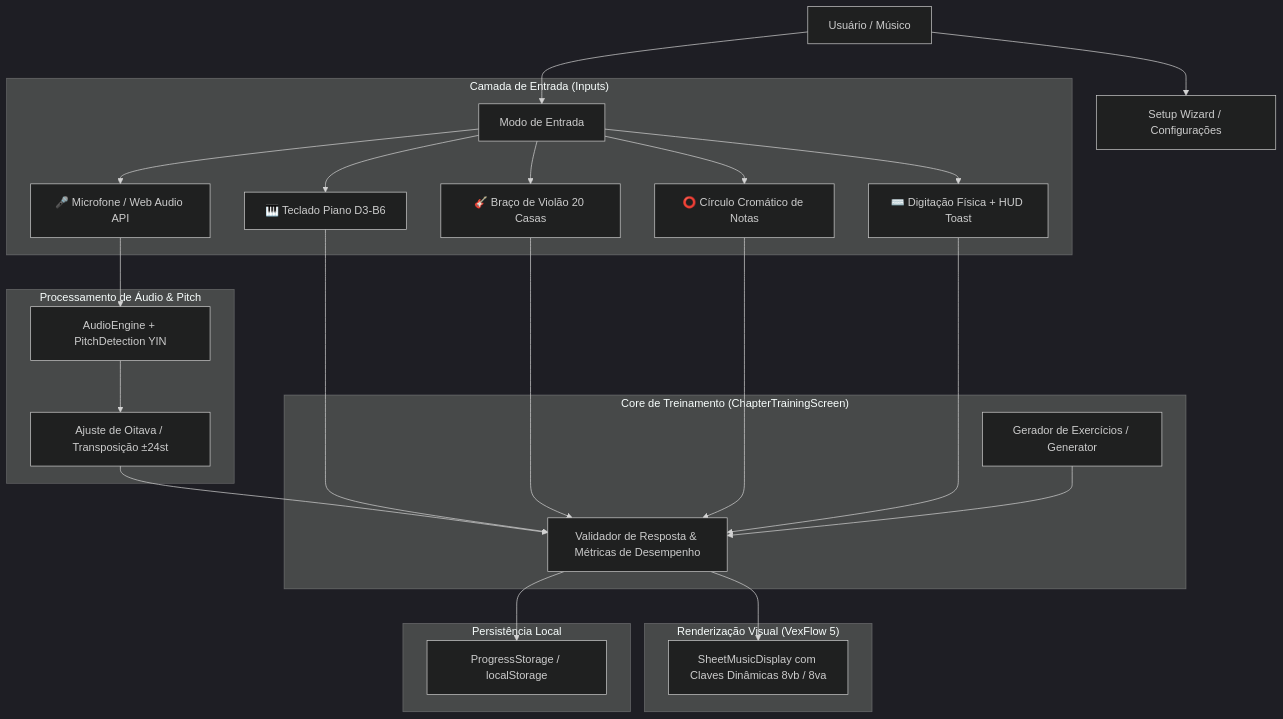
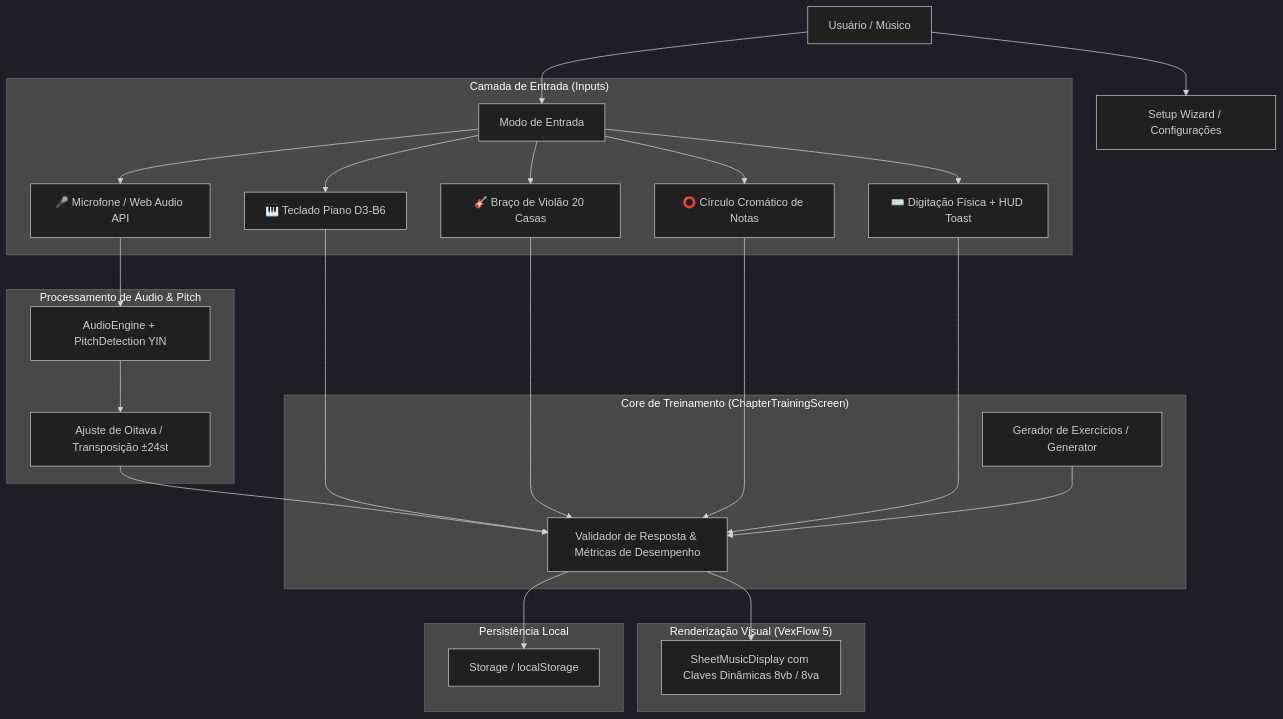
The diagram in docs/README.md (F-Sepanski/MusicTrainer), drawn with Mermaid (dark theme) before and after one commit. The commit also changed other lines of this file and 39 other files, not shown here.

````diff
--- a/docs/README.md
+++ b/docs/README.md
@@ -24,35 +42,35 @@
 ```mermaid
 graph TD
     A[Usuário / Músico] --> B[Setup Wizard / Configurações]
     A --> C[Modo de Entrada]
     
     subgraph "Camada de Entrada (Inputs)"
         C --> D1[🎤 Microfone / Web Audio API]
         C --> D2[🎹 Teclado Piano D3-B6]
         C --> D3[🎸 Braço de Violão 20 Casas]
         C --> D4[⭕ Círculo Cromático de Notas]
         C --> D5[⌨️ Digitação Física + HUD Toast]
     end
 
     subgraph "Processamento de Áudio & Pitch"
         D1 --> E[AudioEngine + PitchDetection YIN]
         E --> F[Ajuste de Oitava / Transposição ±24st]
     end
 
     subgraph "Core de Treinamento (ChapterTrainingScreen)"
         F --> G[Validador de Resposta & Métricas de Desempenho]
         D2 --> G
         D3 --> G
         D4 --> G
         D5 --> G
         H[Gerador de Exercícios / Generator] --> G
     end
 
     subgraph "Renderização Visual (VexFlow 5)"
         G --> I[SheetMusicDisplay com Claves Dinâmicas 8vb / 8va]
     end
 
     subgraph "Persistência Local"
-        G --> J[ProgressStorage / localStorage]
+        G --> J[Storage / localStorage]
     end
 ```
````
